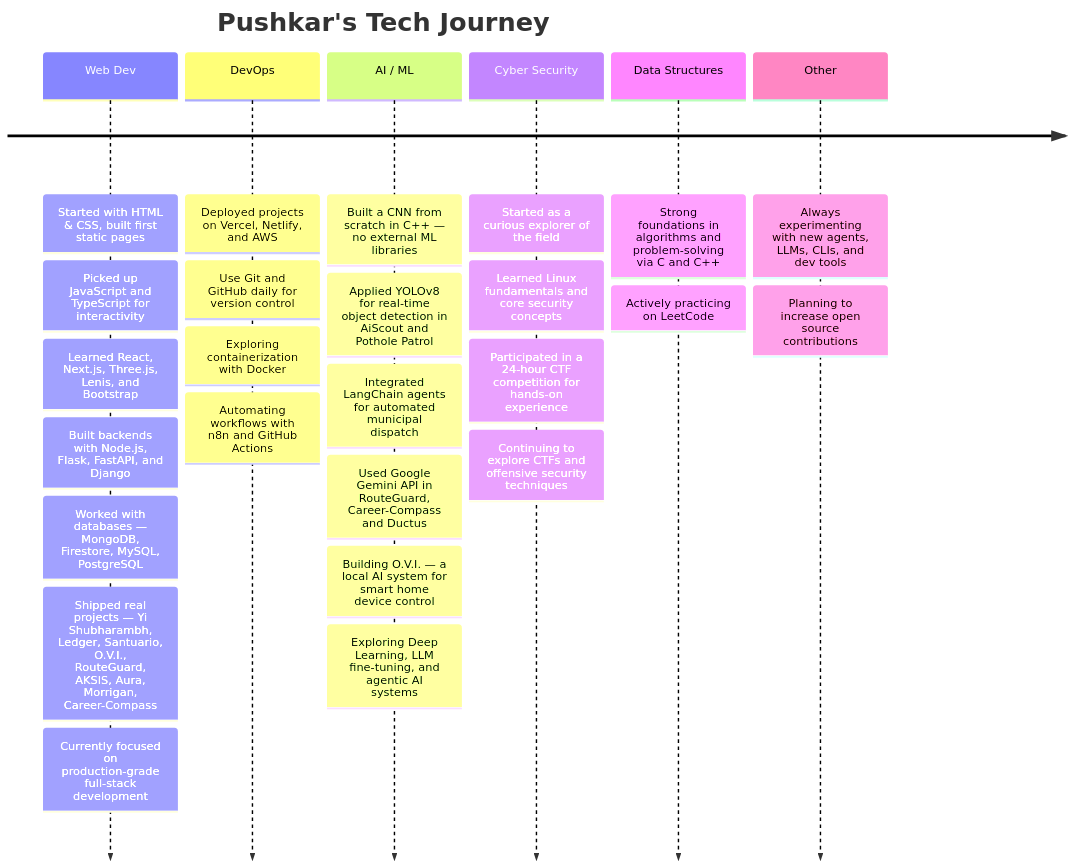
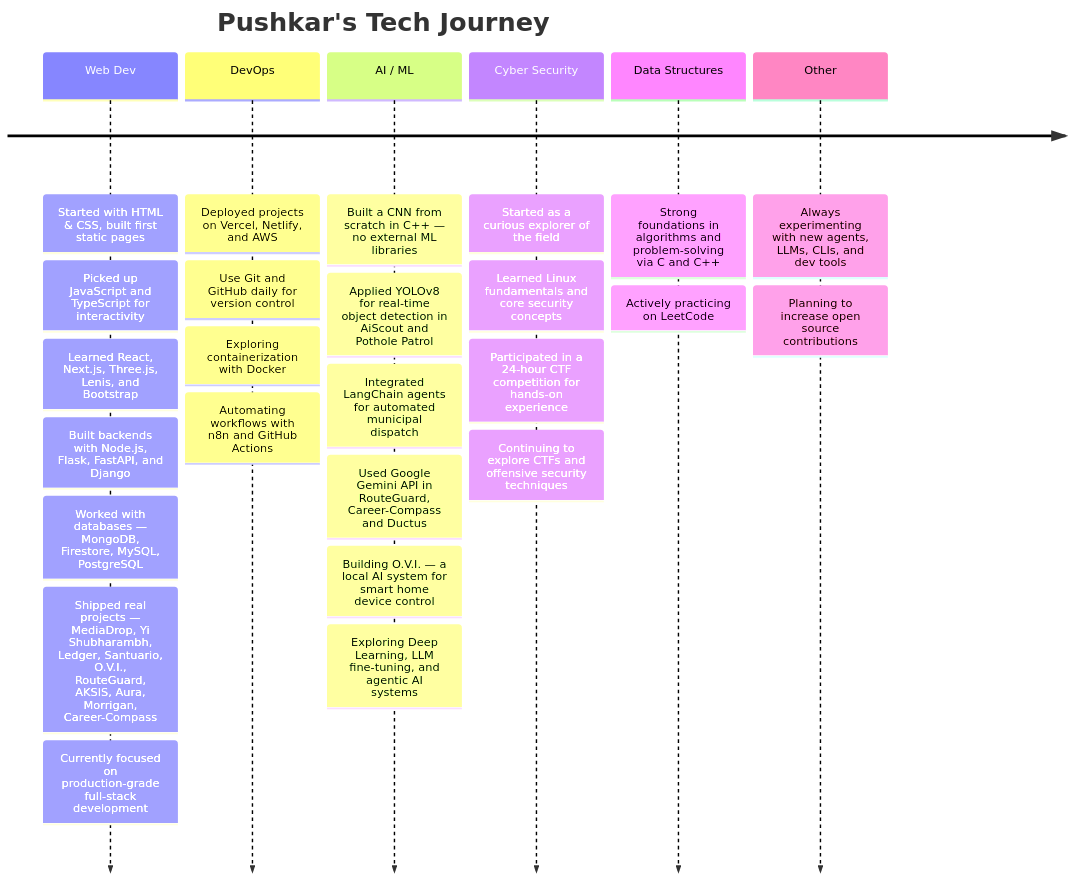
One commit to pushkar156/pushkar156 changed the diagram in README.md. Above: the diagram before and after it, drawn with Mermaid. The commit also changed other lines of this file, not shown here.

Commit message:
docs: add MediaDrop project to README featured grid and timeline

````diff
--- a/README.md
+++ b/README.md
@@ -293,35 +303,35 @@
 ```mermaid
 timeline
     title Pushkar's Tech Journey
     Web Dev
         : Started with HTML & CSS, built first static pages
         : Picked up JavaScript and TypeScript for interactivity
         : Learned React, Next.js, Three.js, Lenis, and Bootstrap
         : Built backends with Node.js, Flask, FastAPI, and Django
         : Worked with databases — MongoDB, Firestore, MySQL, PostgreSQL
-        : Shipped real projects — Yi Shubharambh, Ledger, Santuario, O.V.I., RouteGuard, AKSIS, Aura, Morrigan, Career-Compass
+        : Shipped real projects — MediaDrop, Yi Shubharambh, Ledger, Santuario, O.V.I., RouteGuard, AKSIS, Aura, Morrigan, Career-Compass
         : Currently focused on production-grade full-stack development
     DevOps
         : Deployed projects on Vercel, Netlify, and AWS
         : Use Git and GitHub daily for version control
         : Exploring containerization with Docker
         : Automating workflows with n8n and GitHub Actions
     AI / ML
         : Built a CNN from scratch in C++ — no external ML libraries
         : Applied YOLOv8 for real-time object detection in AiScout and Pothole Patrol
         : Integrated LangChain agents for automated municipal dispatch
         : Used Google Gemini API in RouteGuard, Career-Compass and Ductus
         : Building O.V.I. — a local AI system for smart home device control
         : Exploring Deep Learning, LLM fine-tuning, and agentic AI systems
     Cyber Security
         : Started as a curious explorer of the field
         : Learned Linux fundamentals and core security concepts
         : Participated in a 24-hour CTF competition for hands-on experience
         : Continuing to explore CTFs and offensive security techniques
     Data Structures
         : Strong foundations in algorithms and problem-solving via C and C++
         : Actively practicing on LeetCode
     Other
         : Always experimenting with new agents, LLMs, CLIs, and dev tools
         : Planning to increase open source contributions
 ```
````
